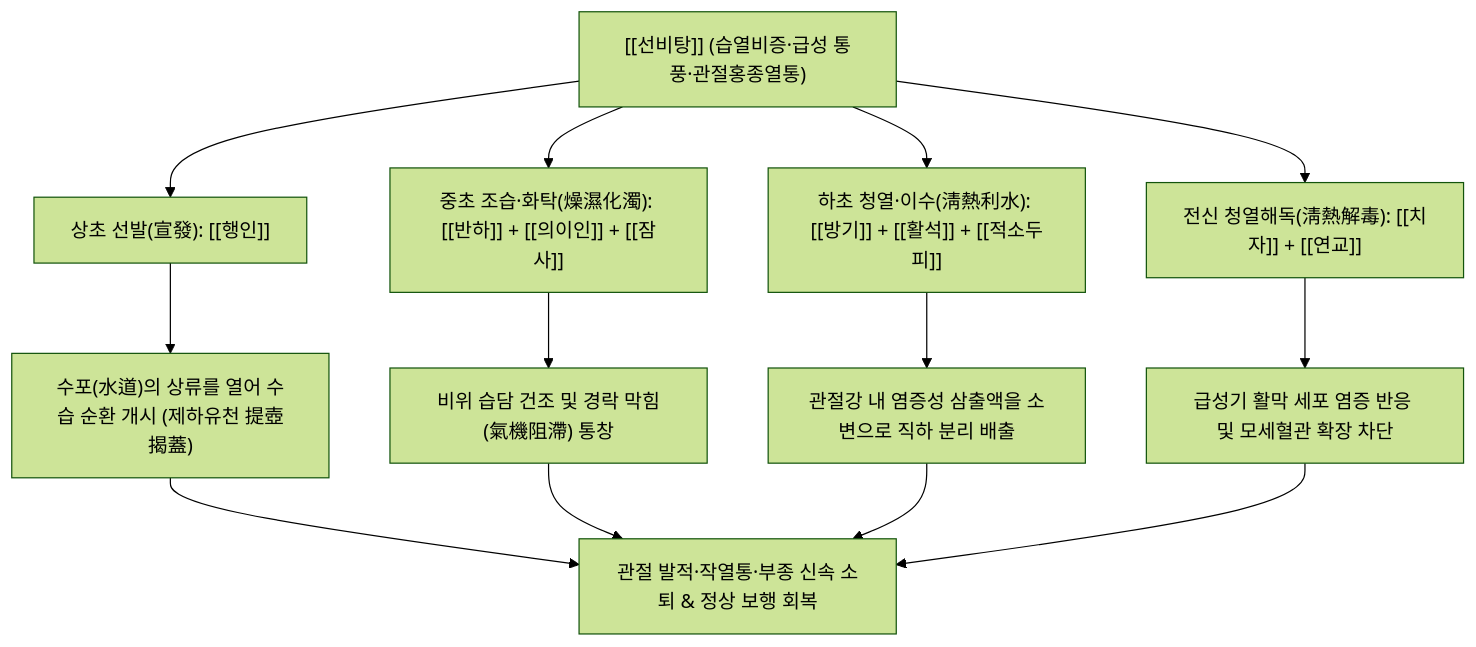
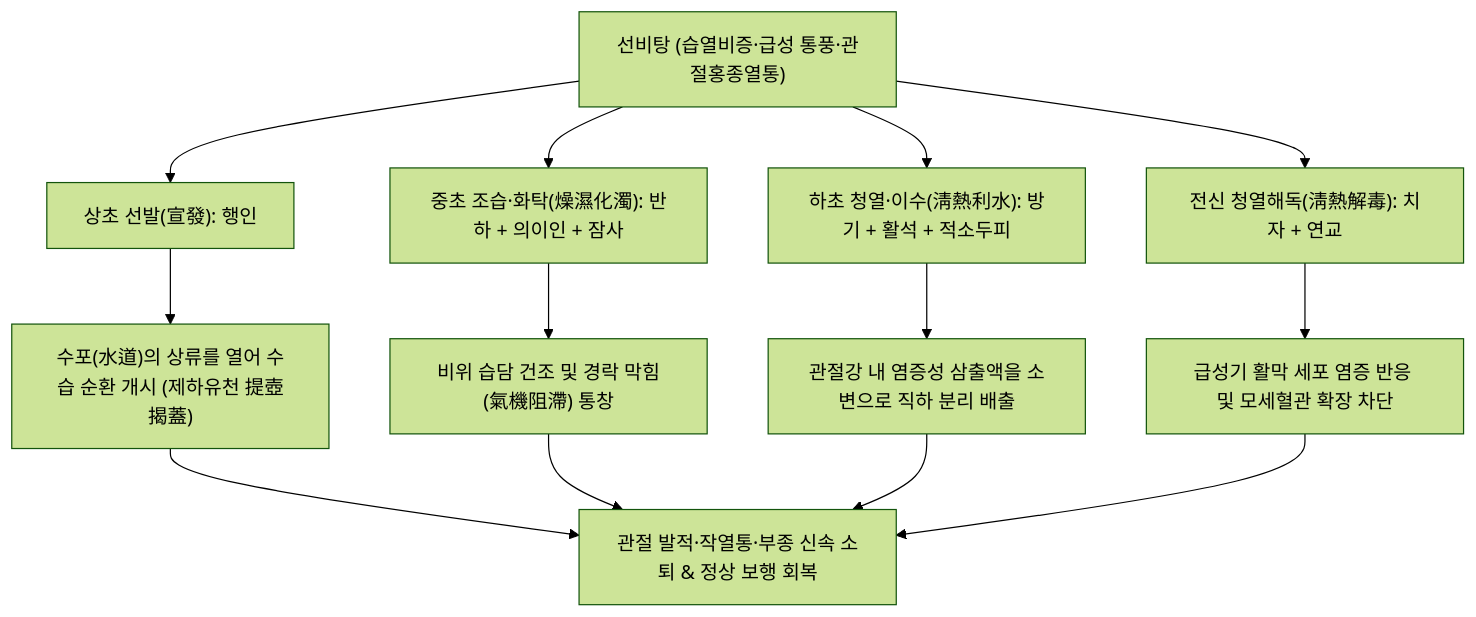
The diagram in content/2. 약리 공부/처방/03_화담·거습·이수제/선비탕.md (simbio11/simbio-digital-garden2), drawn with Mermaid (forest theme) before and after one commit. The commit also changed other lines of this file and 323 other files, not shown here.

````diff
--- a/content/2. 약리 공부/처방/03_화담·거습·이수제/선비탕.md
+++ b/content/2. 약리 공부/처방/03_화담·거습·이수제/선비탕.md
@@ -47,14 +48,14 @@
 ```mermaid
 graph TD
-    A["[[선비탕]] (습열비증·급성 통풍·관절홍종열통)"] --> B["상초 선발(宣發): [[행인]]"]
-    A --> C["중초 조습·화탁(燥濕化濁): [[반하]] + [[의이인]] + [[잠사]]"]
-    A --> D["하초 청열·이수(淸熱利水): [[방기]] + [[활석]] + [[적소두피]]"]
-    A --> E["전신 청열해독(淸熱解毒): [[치자]] + [[연교]]"]
+    A["선비탕 (습열비증·급성 통풍·관절홍종열통)"] --> B["상초 선발(宣發): 행인"]
+    A --> C["중초 조습·화탁(燥濕化濁): 반하 + 의이인 + 잠사"]
+    A --> D["하초 청열·이수(淸熱利水): 방기 + 활석 + 적소두피"]
+    A --> E["전신 청열해독(淸熱解毒): 치자 + 연교"]
 
     B --> F["수포(水道)의 상류를 열어 수습 순환 개시 (제하유천 提壺揭蓋)"]
     C --> G["비위 습담 건조 및 경락 막힘(氣機阻滯) 통창"]
     D --> H["관절강 내 염증성 삼출액을 소변으로 직하 분리 배출"]
     E --> I["급성기 활막 세포 염증 반응 및 모세혈관 확장 차단"]
 
     F & G & H & I --> J["관절 발적·작열통·부종 신속 소퇴 & 정상 보행 회복"]
 ```
````
